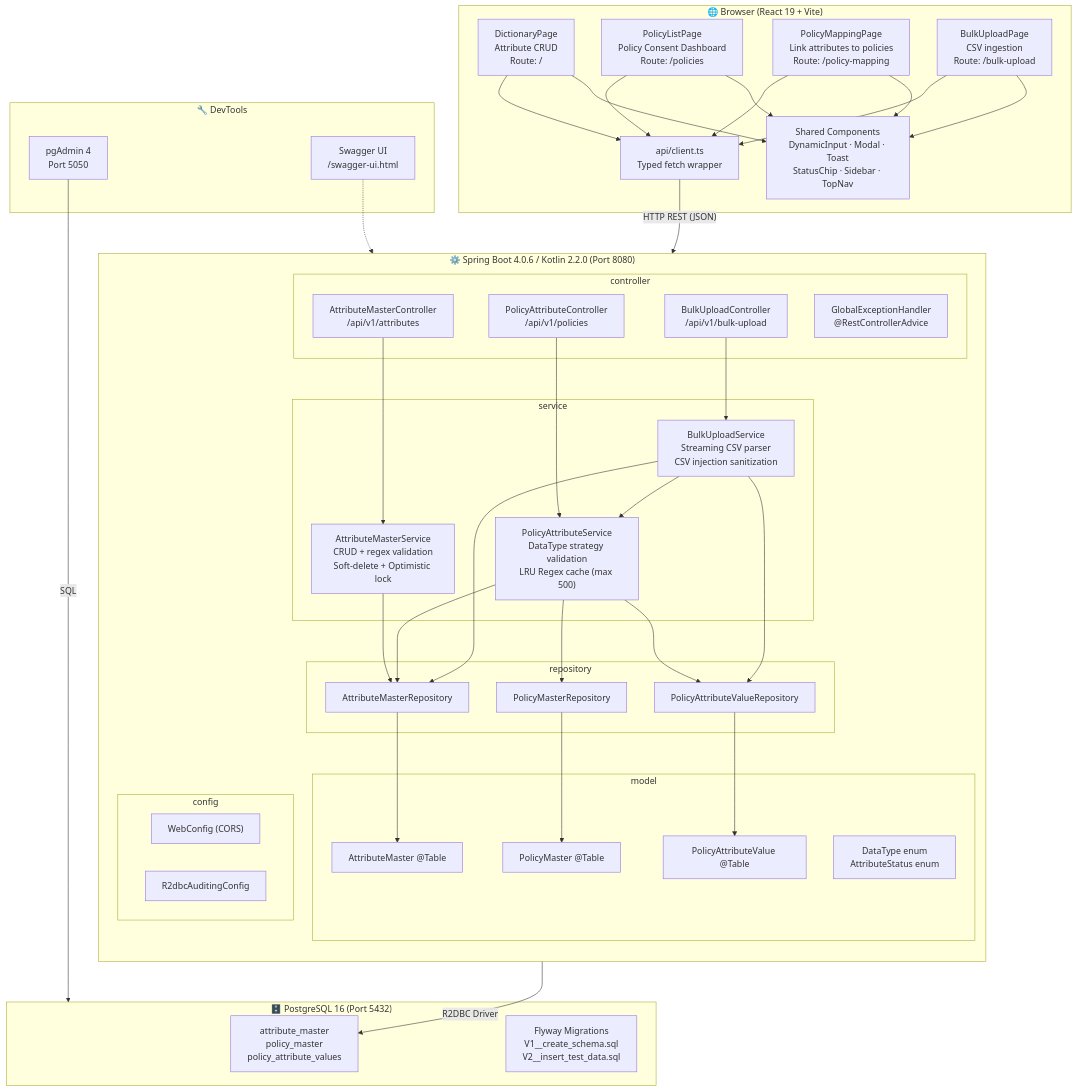
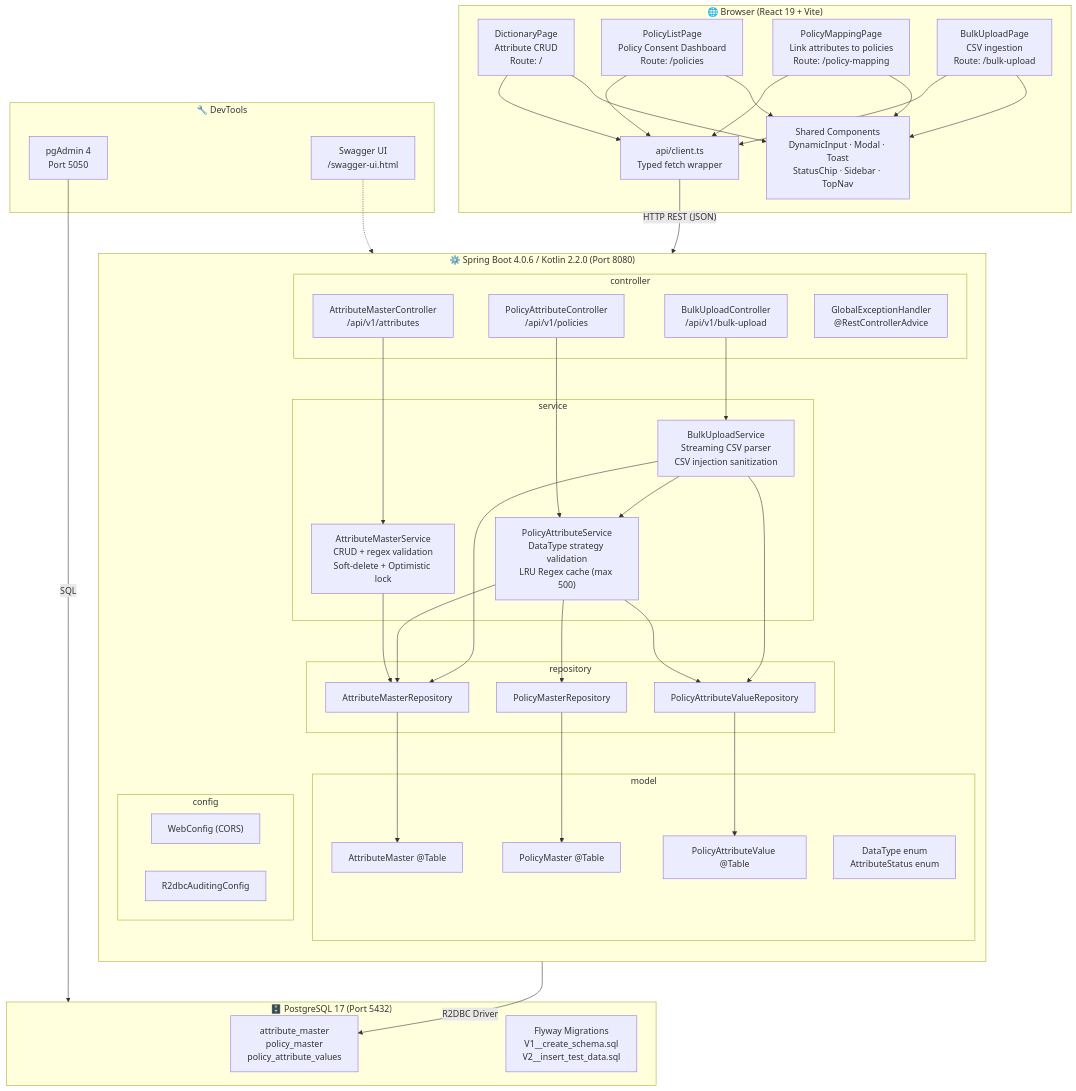
One commit to Kullapan/policy-attibute changed the second of 2 diagrams in README.md. Above: the diagram before and after it, drawn with Mermaid. The commit also changed other lines of this file and 6 other files, not shown here.

```diff
--- a/README.md
+++ b/README.md
@@ -240,7 +240,7 @@
         PavRepo --> PavEntity
     end
 
-    subgraph DB["🗄️ PostgreSQL 16 (Port 5432)"]
+    subgraph DB["🗄️ PostgreSQL 17 (Port 5432)"]
         Tables["attribute_master<br/>policy_master<br/>policy_attribute_values"]
         Flyway["Flyway Migrations<br/>V1__create_schema.sql<br/>V2__insert_test_data.sql"]
     end
```
